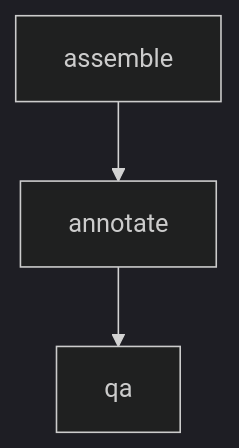
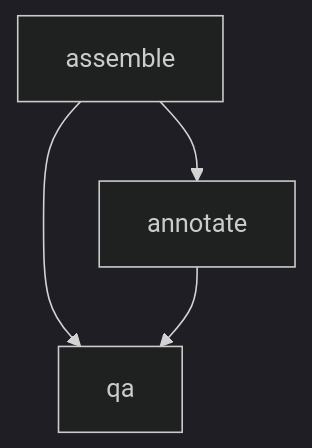
The diagram in README.md (dirkjanvw/MoGAAAP), drawn with Mermaid (dark theme) before and after one commit. The commit also changed other lines of this file, not shown here.

````diff
--- a/README.md
+++ b/README.md
@@ -204,5 +204,6 @@
 ```mermaid
 graph TD;
     assemble-->annotate;
+    assemble-->qa;
     annotate-->qa;
 ```
````
